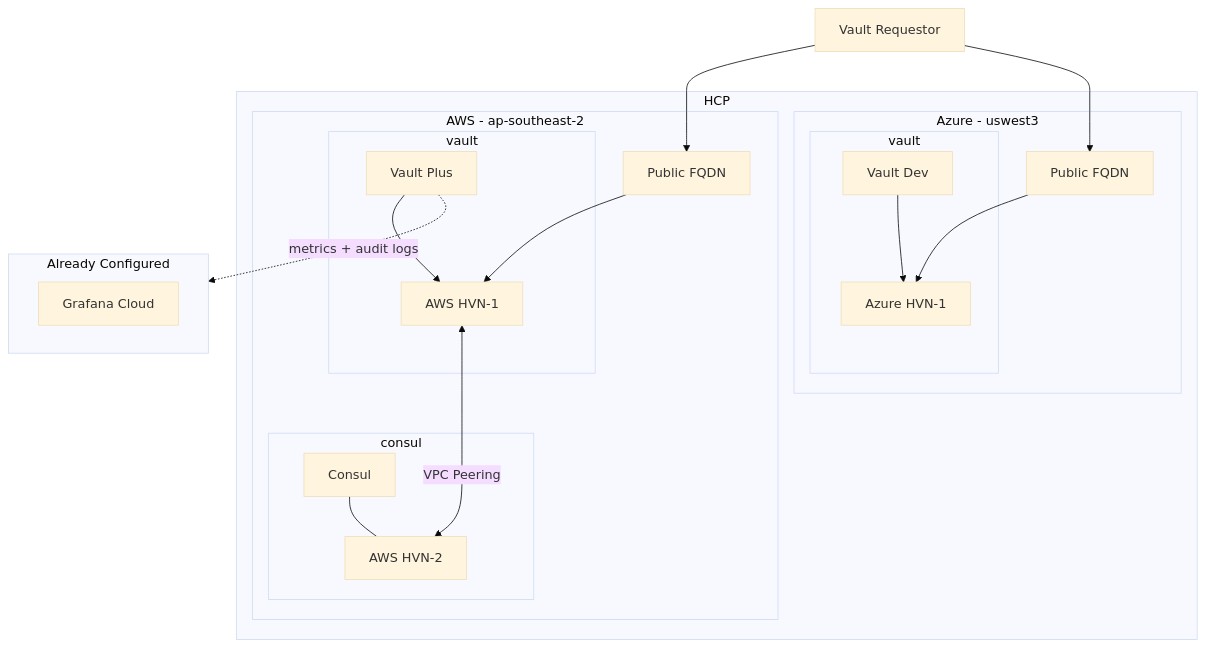
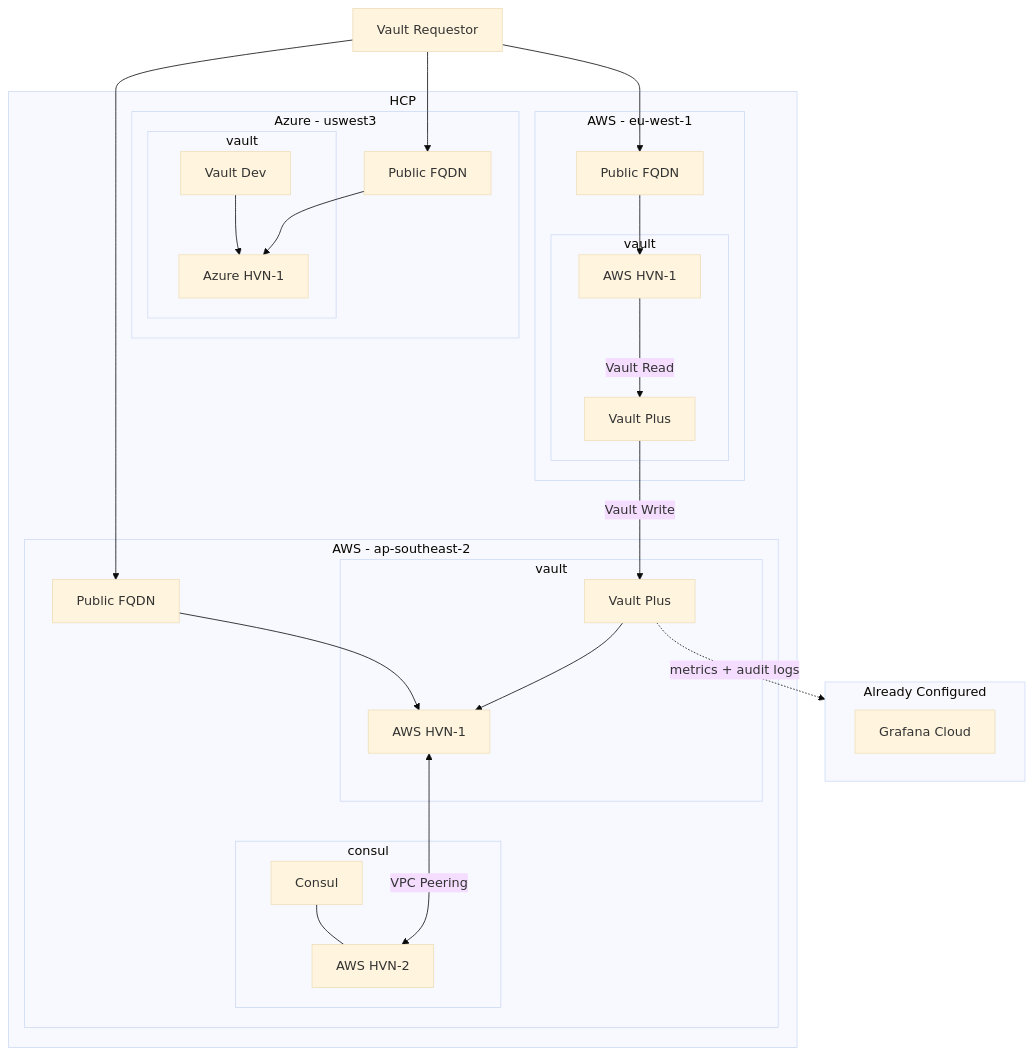
The diagram in README.md (pandom/tf-hcp-cluster), drawn with Mermaid (base theme) before and after one commit. The commit also changed 1 other file, not shown here.

Commit message:
Adjust outputs and readme.

````diff
--- a/README.md
+++ b/README.md
@@ -14,34 +14,45 @@
 ```mermaid
 flowchart TD
 u[Vault Requestor]-->in
 u-->inaz
+u-->inpr
+inpr-->awshvnpr
+awshvnpr-->|Vault Read|hcpvawspr
+hcpvawspr-->|Vault Write|hcpvaws
 in-->awshvn
 subgraph HCP
+subgraph awseu[AWS - eu-west-1]
+inpr[Public FQDN]
+subgraph vaultpr[vault]
+hcpvawspr[Vault Plus]
+awshvnpr[AWS HVN-1]
+end
+end
 subgraph aws[AWS - ap-southeast-2]
 in[Public FQDN]
 subgraph vault
 hcpvaws[Vault Plus]
 awshvn[AWS HVN-1]
 end
 subgraph consul
 awshvn2[AWS HVN-2]
 hcpcaws[Consul]---awshvn2
 end
 end
 subgraph az[Azure - uswest3]
 inaz[Public FQDN]-->azhvn
 subgraph vaz[vault]
 hcpvaz[Vault Dev]
 azhvn[Azure HVN-1]
 end
 end
 end
 subgraph g[Already Configured]
 gcloud[Grafana Cloud]
 end
 
 hcpvaws-->awshvn
 awshvn <--->|VPC Peering|awshvn2
 hcpvaz-->azhvn
 hcpvaws -.->|metrics + audit logs| g
 ```
````
